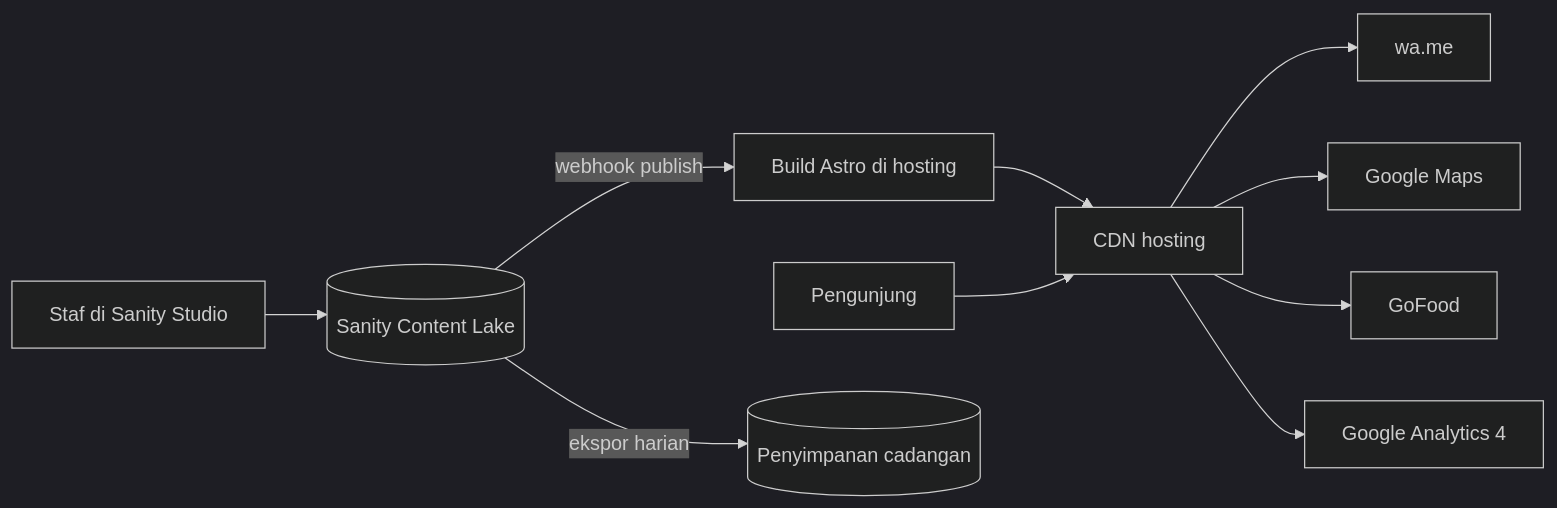
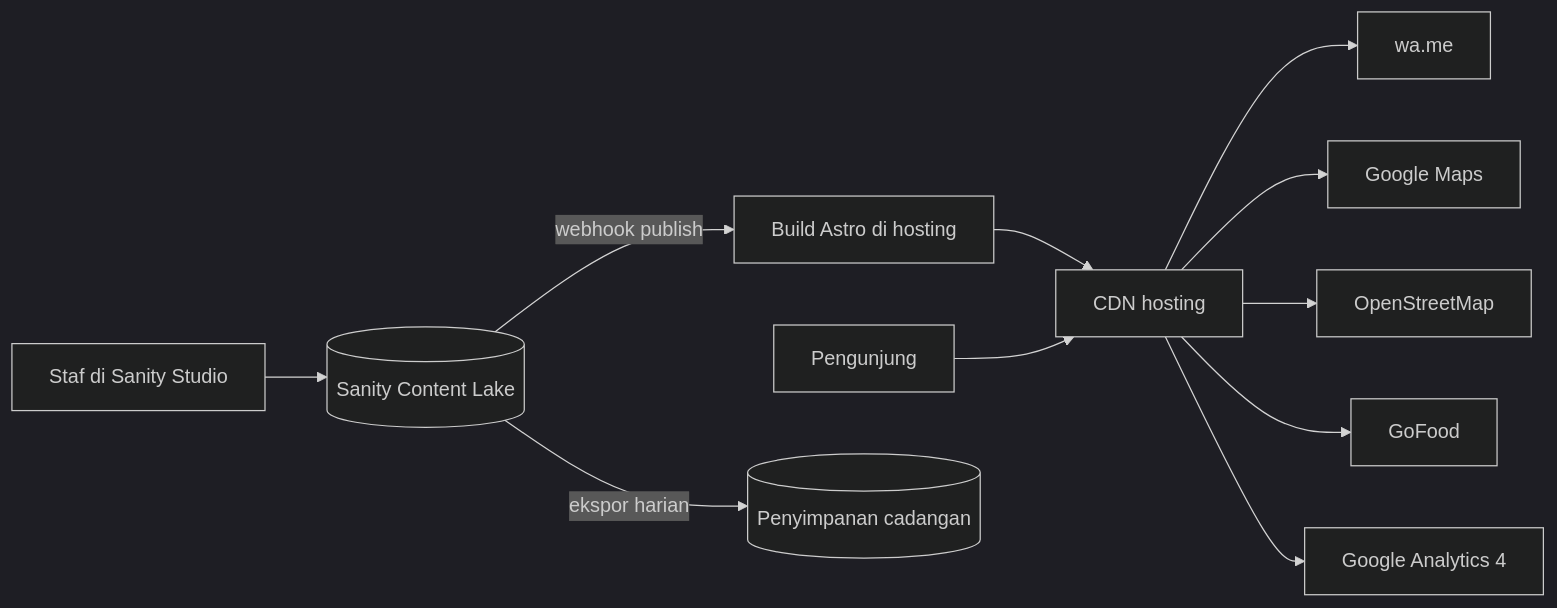
The sixth of 6 diagrams in docs/PRD-mana-social-cafe-v1.0.md (tmuhammadsanubari-cell/mana-social-cafe), drawn with Mermaid (dark theme) before and after one commit. The commit also changed other lines of this file and 3 other files, not shown here.

Commit message:
docs: perbarui PRD ke 1.2, peta memakai OpenStreetMap (ADR 0010)

````diff
--- a/docs/PRD-mana-social-cafe-v1.0.md
+++ b/docs/PRD-mana-social-cafe-v1.0.md
@@ -937,12 +942,13 @@
 ```mermaid
 flowchart LR
     Staff["Staf di Sanity Studio"] --> CMS[("Sanity Content Lake")]
     CMS -->|"webhook publish"| Build["Build Astro di hosting"]
     Build --> CDN["CDN hosting"]
     Visitor["Pengunjung"] --> CDN
     CDN --> WA["wa.me"]
     CDN --> Maps["Google Maps"]
+    CDN --> OSM["OpenStreetMap"]
     CDN --> GoFood["GoFood"]
     CDN --> GA["Google Analytics 4"]
     CMS -->|"ekspor harian"| Backup[("Penyimpanan cadangan")]
 ```
````
